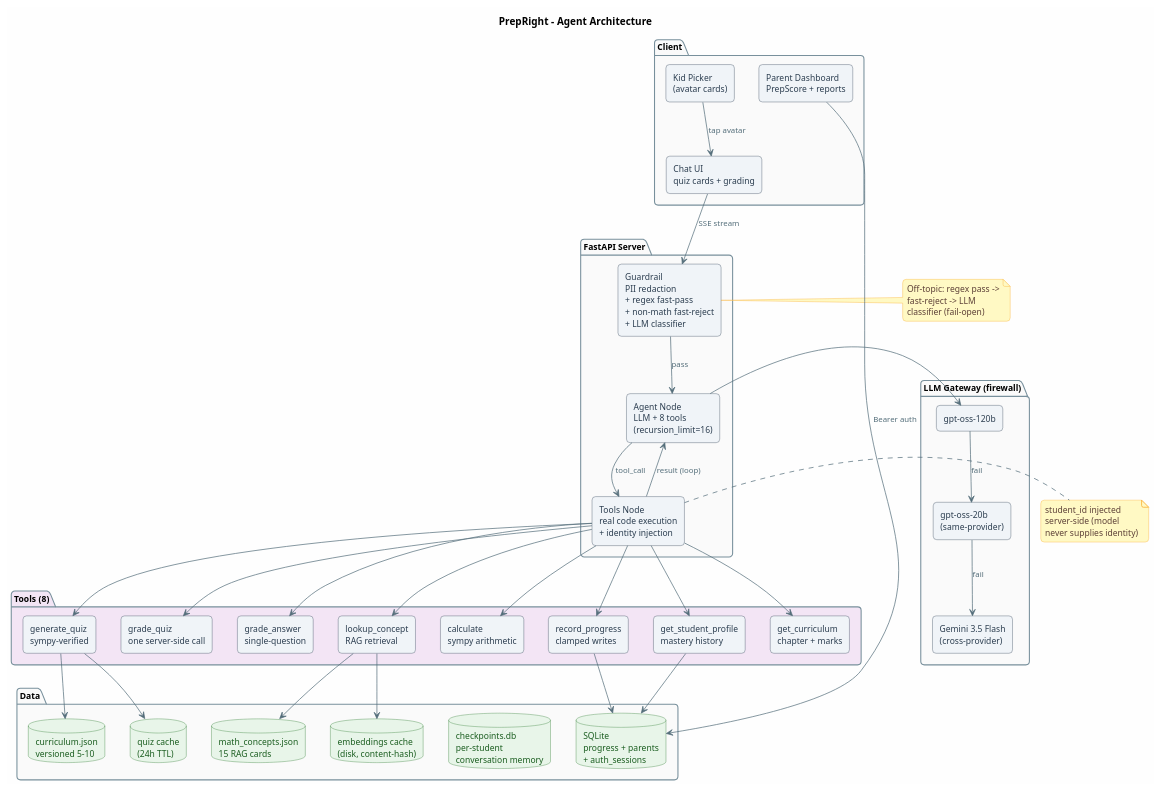
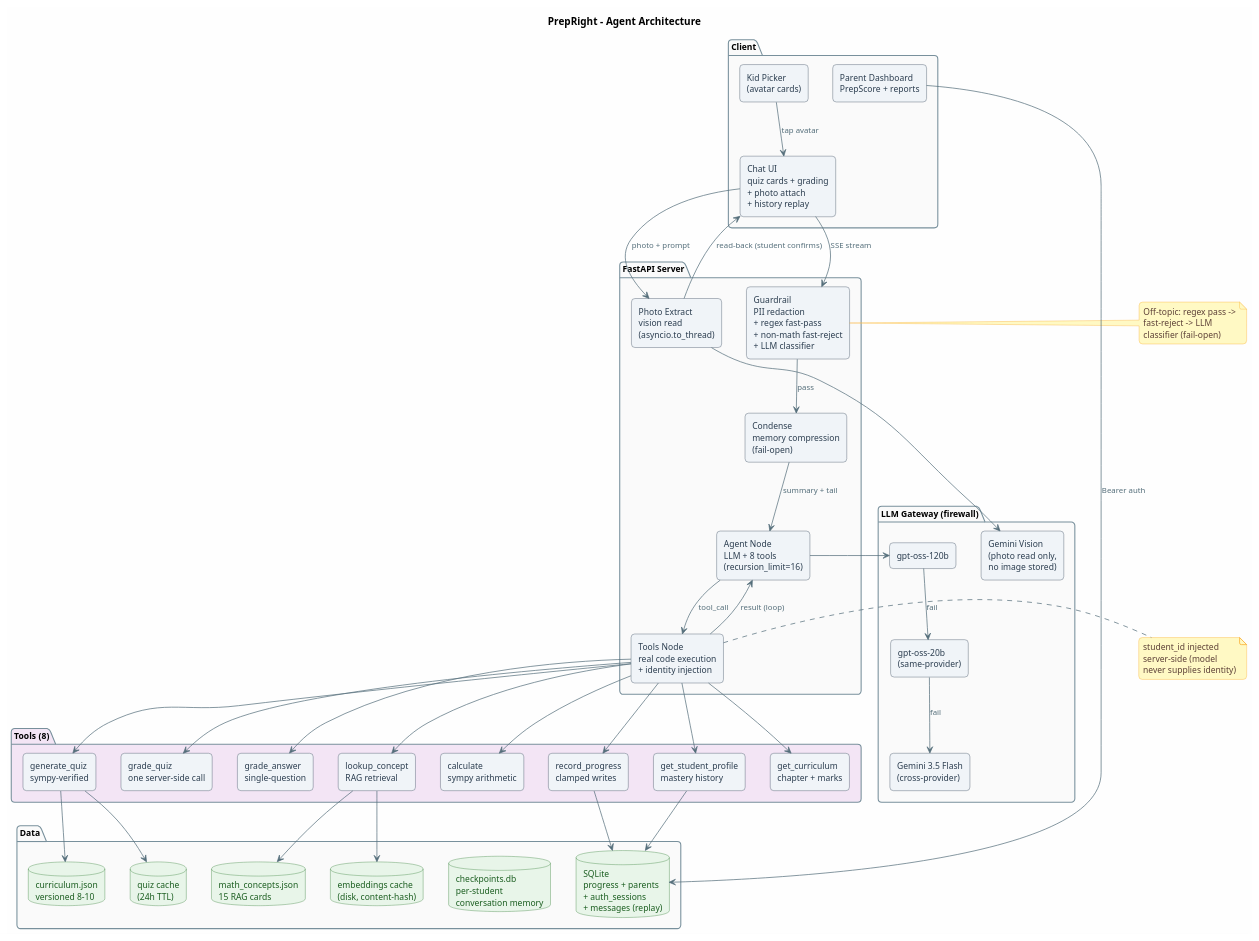
Before and after one commit to vedant-9/prepright: the diagram in diagrams/architecture.puml, drawn with PlantUML. The commit also changed 3 other files, not shown here.

First line of the commit message:
diagrams: v0.2 shape

```diff
--- a/diagrams/architecture.puml
+++ b/diagrams/architecture.puml
@@ -1,105 +1,112 @@
 @startuml
 skinparam backgroundColor #FEFEFE
 skinparam shadowing false
 skinparam defaultFontSize 12
 skinparam roundCorner 10
 skinparam rectangle {
   BackgroundColor #F0F4F8
   BorderColor #2C3E50
   FontColor #2C3E50
 }
 skinparam database {
   BackgroundColor #E8F5E9
   BorderColor #2E7D32
   FontColor #1B5E20
 }
 skinparam package {
   BackgroundColor #FAFAFA
   BorderColor #78909C
   FontStyle bold
 }
 skinparam arrow {
   Color #546E7A
   FontSize 11
   FontColor #546E7A
 }
 skinparam note {
   BackgroundColor #FFF9C4
   BorderColor #F9A825
   FontColor #5D4037
 }
 
 title PrepRight - Agent Architecture
 
 package "Client" {
   rectangle "Kid Picker\n(avatar cards)" as PICKER
-  rectangle "Chat UI\nquiz cards + grading" as UI
+  rectangle "Chat UI\nquiz cards + grading\n+ photo attach\n+ history replay" as UI
   rectangle "Parent Dashboard\nPrepScore + reports" as PARENT
 }
 
 package "FastAPI Server" {
   rectangle "Guardrail\nPII redaction\n+ regex fast-pass\n+ non-math fast-reject\n+ LLM classifier" as GUARD
+  rectangle "Condense\nmemory compression\n(fail-open)" as CONDENSE
   rectangle "Agent Node\nLLM + 8 tools\n(recursion_limit=16)" as AGENT
   rectangle "Tools Node\nreal code execution\n+ identity injection" as TOOLS
+  rectangle "Photo Extract\nvision read\n(asyncio.to_thread)" as PHOTO
 }
 
 package "LLM Gateway (firewall)" {
   rectangle "gpt-oss-120b" as M1
   rectangle "gpt-oss-20b\n(same-provider)" as M2
   rectangle "Gemini 3.5 Flash\n(cross-provider)" as M3
+  rectangle "Gemini Vision\n(photo read only,\nno image stored)" as VISION
 }
 
 package "Tools (8)" #F3E5F5 {
   rectangle "generate_quiz\nsympy-verified" as T1
   rectangle "grade_quiz\none server-side call" as T2
   rectangle "grade_answer\nsingle-question" as T3
   rectangle "lookup_concept\nRAG retrieval" as T4
   rectangle "calculate\nsympy arithmetic" as T5
   rectangle "record_progress\nclamped writes" as T6
   rectangle "get_student_profile\nmastery history" as T7
   rectangle "get_curriculum\nchapter + marks" as T8
 }
 
 package "Data" {
-  database "SQLite\nprogress + parents\n+ auth_sessions" as DB
+  database "SQLite\nprogress + parents\n+ auth_sessions\n+ messages (replay)" as DB
   database "checkpoints.db\nper-student\nconversation memory" as CKPT
-  database "curriculum.json\nversioned 5-10" as CURR
+  database "curriculum.json\nversioned 8-10" as CURR
   database "math_concepts.json\n15 RAG cards" as CONCEPTS
   database "quiz cache\n(24h TTL)" as QCACHE
   database "embeddings cache\n(disk, content-hash)" as EMB
 }
 
 PICKER -down-> UI : tap avatar
 UI -down-> GUARD : SSE stream
-GUARD -down-> AGENT : pass
+UI -down-> PHOTO : photo + prompt
+GUARD -down-> CONDENSE : pass
+CONDENSE -down-> AGENT : summary + tail
 AGENT -down-> TOOLS : tool_call
 TOOLS -up-> AGENT : result (loop)
+PHOTO -right-> VISION
+PHOTO -up-> UI : read-back (student confirms)
 AGENT -right-> M1
 M1 -down-> M2 : fail
 M2 -down-> M3 : fail
 TOOLS --> T1
 TOOLS --> T2
 TOOLS --> T3
 TOOLS --> T4
 TOOLS --> T5
 TOOLS --> T6
 TOOLS --> T7
 TOOLS --> T8
 T1 --> QCACHE
 T1 --> CURR
 T4 --> CONCEPTS
 T4 --> EMB
 T6 --> DB
 T7 --> DB
 PARENT --> DB : Bearer auth
 note right of TOOLS
   student_id injected
   server-side (model
   never supplies identity)
 end note
 note right of GUARD
   Off-topic: regex pass ->
   fast-reject -> LLM
   classifier (fail-open)
 end note
 @enduml
```
